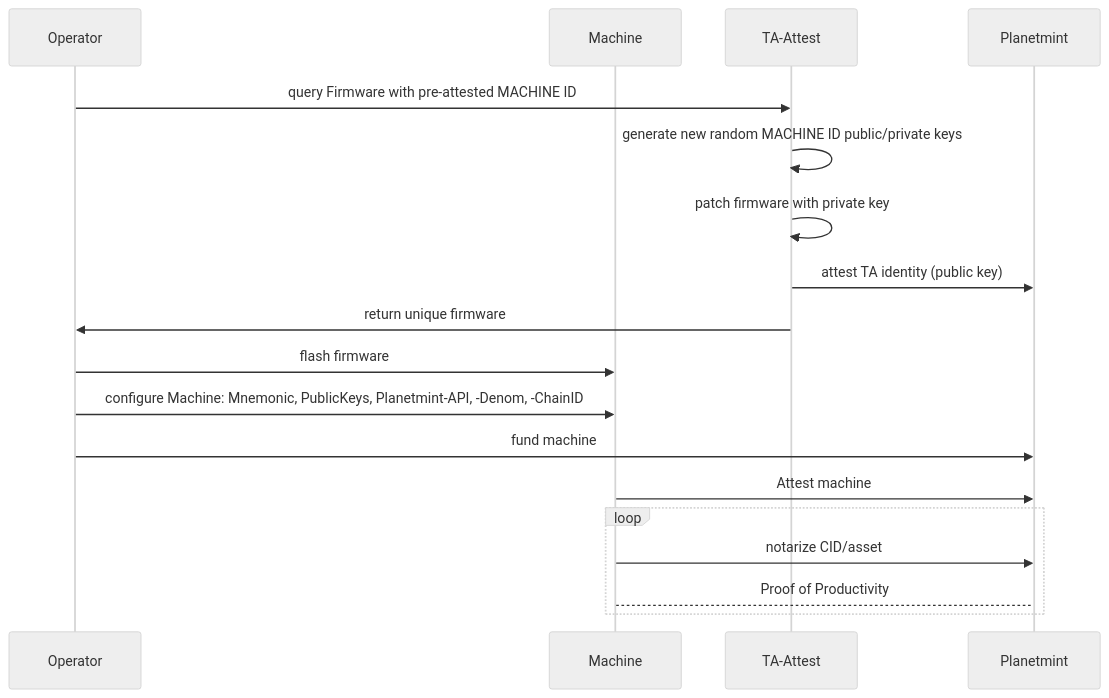
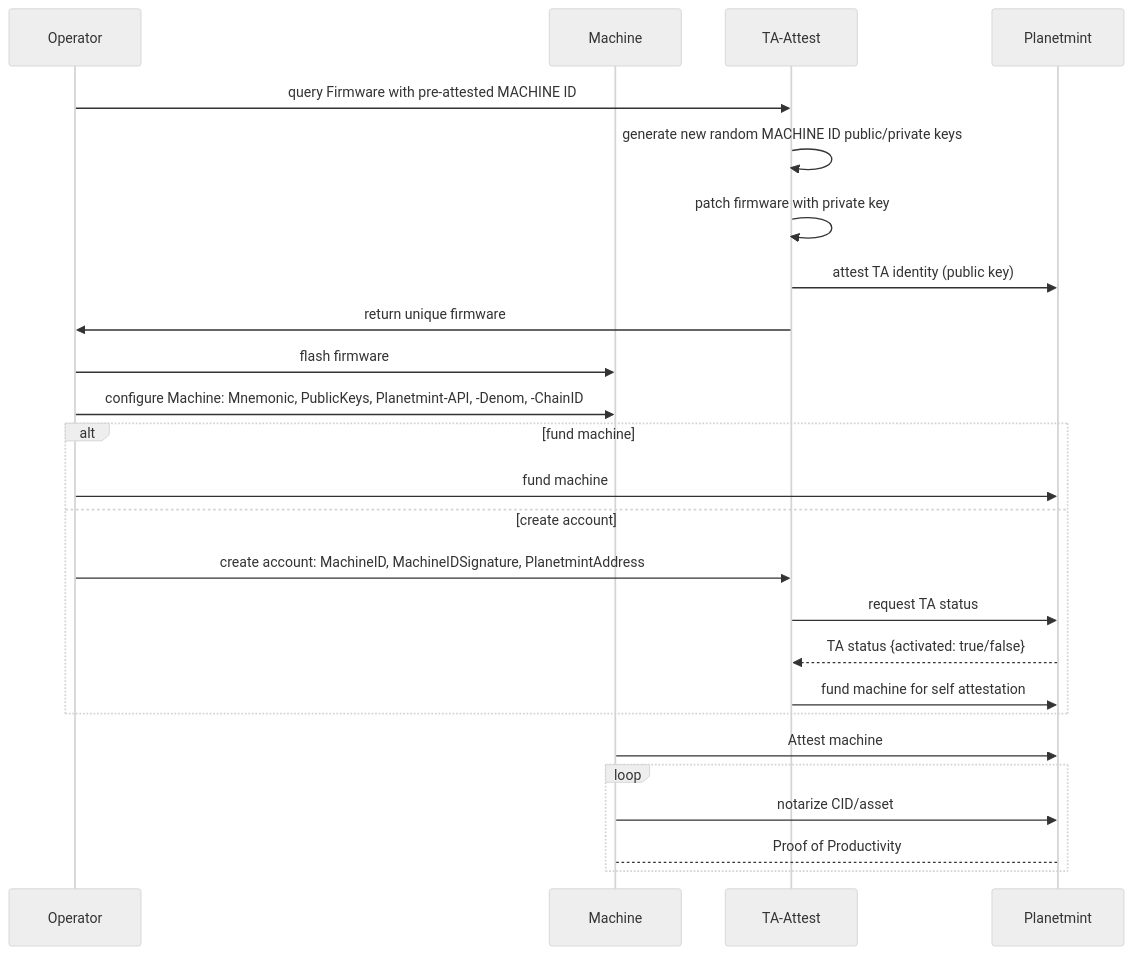
Before and after one commit to rddl-network/docs: the first of 3 diagrams in getting-started/getting-connected/onboarding-machines-to-the-rddl-network/registration-of-machine-id-and-attesting-to-the-network.md, drawn with Mermaid (neutral theme). The commit also changed other lines of this file and 1 other file, not shown here.

````diff
--- a/getting-started/getting-connected/onboarding-machines-to-the-rddl-network/registration-of-machine-id-and-attesting-to-the-network.md
+++ b/getting-started/getting-connected/onboarding-machines-to-the-rddl-network/registration-of-machine-id-and-attesting-to-the-network.md
@@ -28,20 +28,27 @@
 ```mermaid
 sequenceDiagram
     participant Operator
     participant Machine
     participant TA-Attest
     participant Planetmint
     Operator->>TA-Attest: query Firmware with pre-attested MACHINE ID
     TA-Attest->>TA-Attest: generate new random MACHINE ID public/private keys
     TA-Attest->>TA-Attest: patch firmware with private key
     TA-Attest->>Planetmint: attest TA identity (public key)
     TA-Attest->>Operator: return unique firmware
     Operator->>Machine: flash firmware
     Operator->>Machine: configure Machine: Mnemonic, PublicKeys, Planetmint-API, -Denom, -ChainID
+    alt fund machine
     Operator->>Planetmint: fund machine
+    else create account
+    Operator->>TA-Attest: create account: MachineID, MachineIDSignature, PlanetmintAddress
+    TA-Attest->>Planetmint: request TA status
+    Planetmint-->>TA-Attest: TA status {activated: true/false}
+    TA-Attest->>Planetmint: fund machine for self attestation
+    end
     Machine->>Planetmint: Attest machine
     loop 
     Machine->>Planetmint: notarize CID/asset
     Machine-->Planetmint: Proof of Productivity
     end
 ```
````
